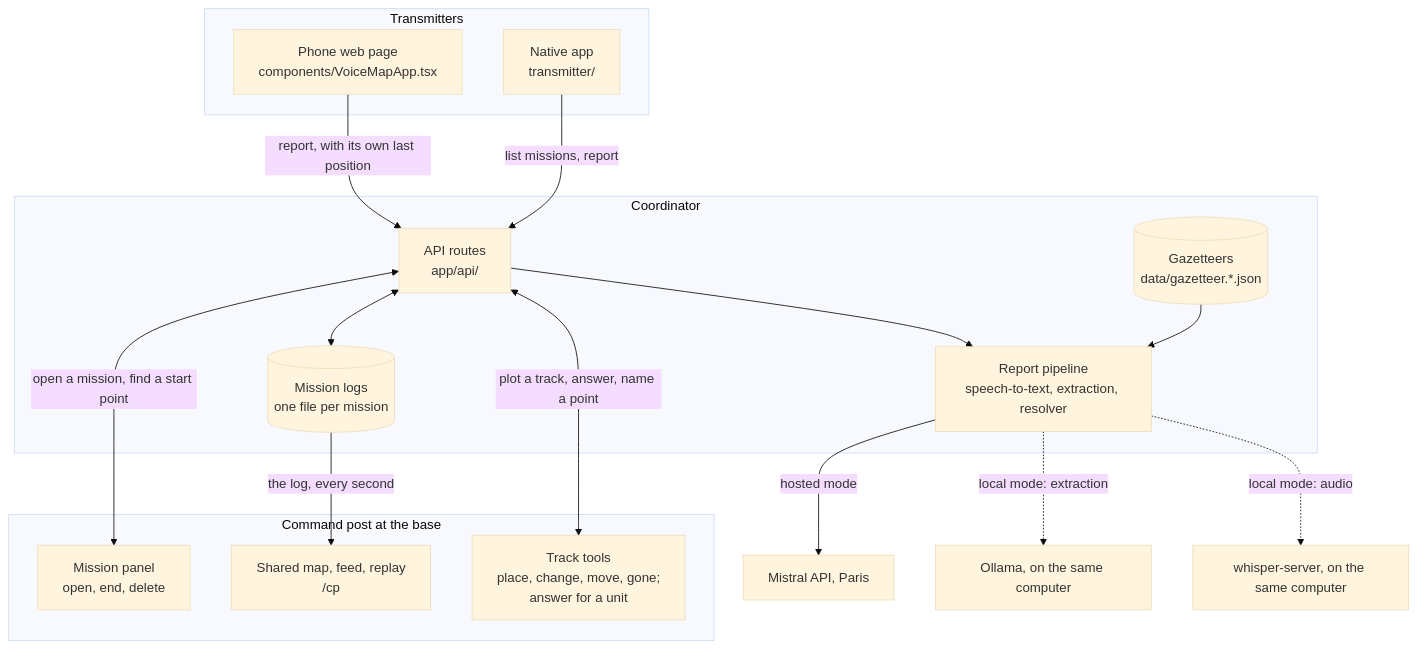
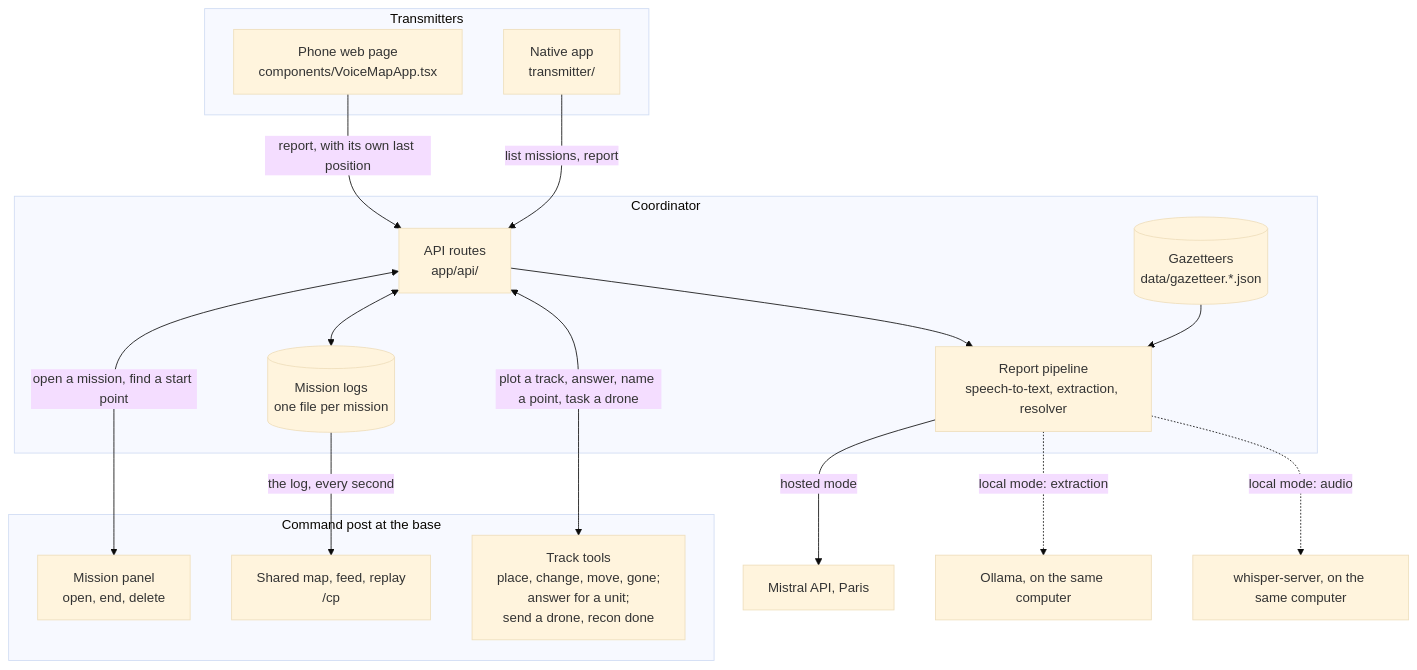
One commit to adam2765/edth-hackathon changed the first of 4 diagrams in docs/architecture.md. Above: the diagram before and after it, drawn with Mermaid (base theme). The commit also changed other lines of this file and 33 other files, not shown here.

First line of the commit message:
Recon: a unit asks for a drone, the command post sends one

````diff
--- a/docs/architecture.md
+++ b/docs/architecture.md
@@ -36,36 +36,36 @@
 ```mermaid
 flowchart TB
     subgraph TX["Transmitters"]
         WEB["Phone web page<br/>components/VoiceMapApp.tsx"]
         NAT["Native app<br/>transmitter/"]
     end
 
     subgraph CO["Coordinator"]
         API["API routes<br/>app/api/"]
         PIPE["Report pipeline<br/>speech-to-text, extraction, resolver"]
         GAZ[("Gazetteers<br/>data/gazetteer.*.json")]
         LOG[("Mission logs<br/>one file per mission")]
     end
 
     subgraph RX["Command post at the base"]
         PANEL["Mission panel<br/>open, end, delete"]
         VIEW["Shared map, feed, replay<br/>/cp"]
-        TOOLS["Track tools<br/>place, change, move, gone;<br/>answer for a unit"]
+        TOOLS["Track tools<br/>place, change, move, gone;<br/>answer for a unit;<br/>send a drone, recon done"]
     end
 
     MIS["Mistral API, Paris"]
     OLL["Ollama, on the same computer"]
     WSP["whisper-server, on the same computer"]
 
     WEB -- "report, with its own last position" --> API
     NAT -- "list missions, report" --> API
     API --> PIPE
     GAZ --> PIPE
     API <--> LOG
     PIPE -- "hosted mode" --> MIS
     PIPE -. "local mode: extraction" .-> OLL
     PIPE -. "local mode: audio" .-> WSP
     LOG -- "the log, every second" --> VIEW
     API <-- "open a mission, find a start point" --> PANEL
-    API <-- "plot a track, answer, name a point" --> TOOLS
+    API <-- "plot a track, answer, name a point, task a drone" --> TOOLS
 ```
````
